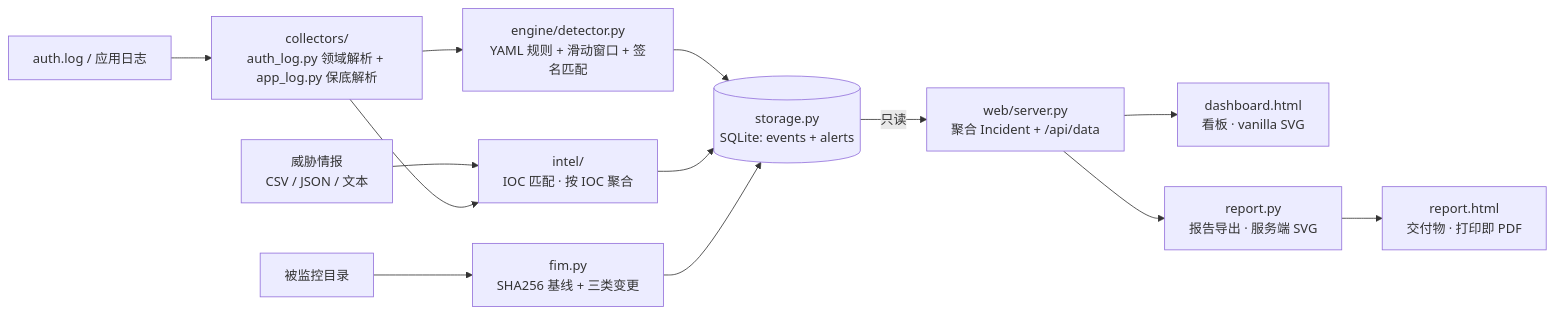
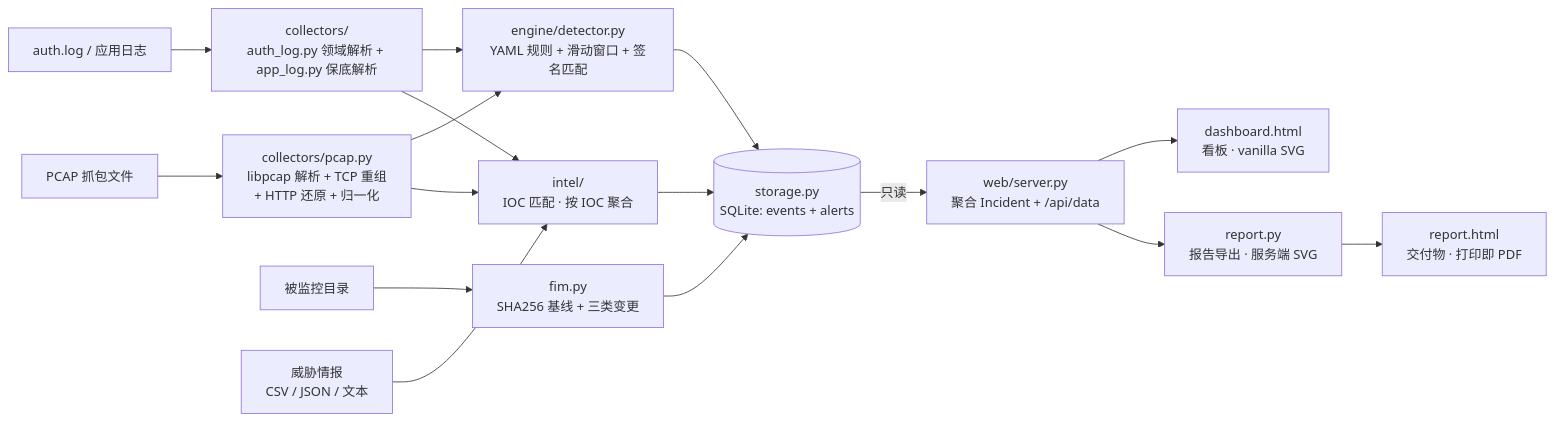
One commit to yliucherish/sentinelwatch changed the diagram in README.md. Above: the diagram before and after it, drawn with Mermaid. The commit also changed other lines of this file and 11 other files, not shown here.

````diff
--- a/README.md
+++ b/README.md
@@ -79,15 +94,18 @@
 ```mermaid
 flowchart LR
     A[auth.log / 应用日志] --> B[collectors/<br/>auth_log.py 领域解析 + app_log.py 保底解析]
+    P[PCAP 抓包文件] --> Q[collectors/pcap.py<br/>libpcap 解析 + TCP 重组<br/>+ HTTP 还原 + 归一化]
     C[被监控目录] --> D[fim.py<br/>SHA256 基线 + 三类变更]
     B --> E[engine/detector.py<br/>YAML 规则 + 滑动窗口 + 签名匹配]
+    Q --> E
     I2[威胁情报<br/>CSV / JSON / 文本] --> K[intel/<br/>IOC 匹配 · 按 IOC 聚合]
     B --> K
+    Q --> K
     E --> F[(storage.py<br/>SQLite: events + alerts)]
     K --> F
     D --> F
     F -->|只读| G[web/server.py<br/>聚合 Incident + /api/data]
     G --> H[dashboard.html<br/>看板 · vanilla SVG]
     G --> I[report.py<br/>报告导出 · 服务端 SVG]
     I --> J[report.html<br/>交付物 · 打印即 PDF]
 ```
````
